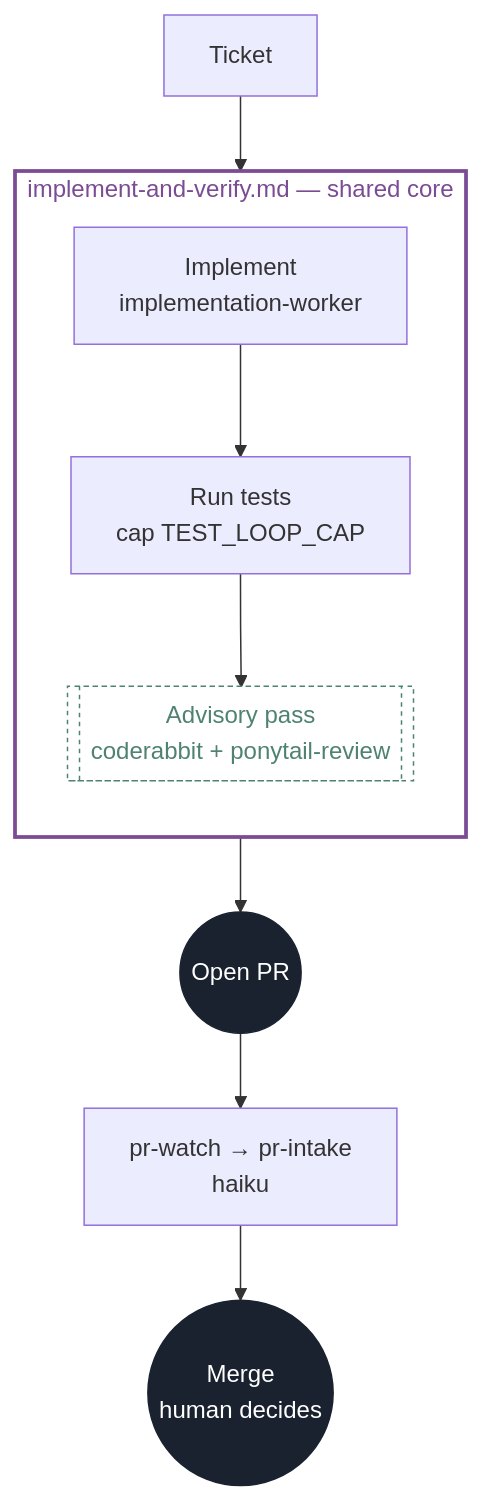
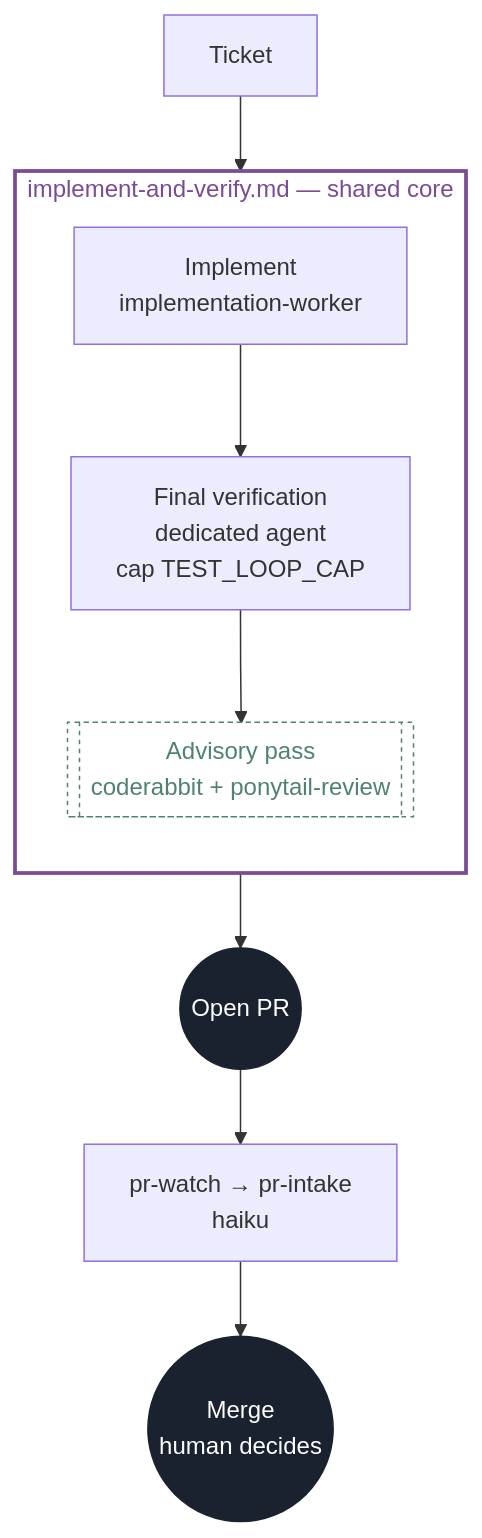
The first of 8 diagrams in README.md (aanojima/software-factory), drawn with Mermaid before and after one commit. The commit also changed other lines of this file and 24 other files, not shown here.

Commit message:
Add dedicated verification and harden plugin migration

````diff
--- a/README.md
+++ b/README.md
@@ -139,20 +143,20 @@
 ```mermaid
 flowchart TD
     classDef advisory fill:transparent,stroke:#4F8272,color:#4F8272,stroke-width:1px,stroke-dasharray:3 3;
     classDef block fill:#2B4C8C,stroke:#2B4C8C,color:#fff;
     classDef gate fill:transparent,stroke:#B5651D,color:#B5651D,stroke-width:2px;
     classDef terminal fill:#1A2230,stroke:#1A2230,color:#fff;
     classDef core fill:transparent,stroke:#7B4B94,color:#7B4B94,stroke-width:2.5px;
     A[Ticket] --> B
     subgraph CORE1["implement-and-verify.md — shared core"]
         direction TB
-        B["Implement<br/>implementation-worker"] --> C["Run tests<br/>cap TEST_LOOP_CAP"]
+        B["Implement<br/>implementation-worker"] --> C["Final verification<br/>dedicated agent<br/>cap TEST_LOOP_CAP"]
         C --> D[["Advisory pass<br/>coderabbit + ponytail-review"]]
     end
     D --> E(("Open PR"))
     E --> F["pr-watch → pr-intake<br/>haiku"]
     F --> G(("Merge<br/>human decides"))
     class D advisory
     class E,G terminal
     class CORE1 core
 ```
````
